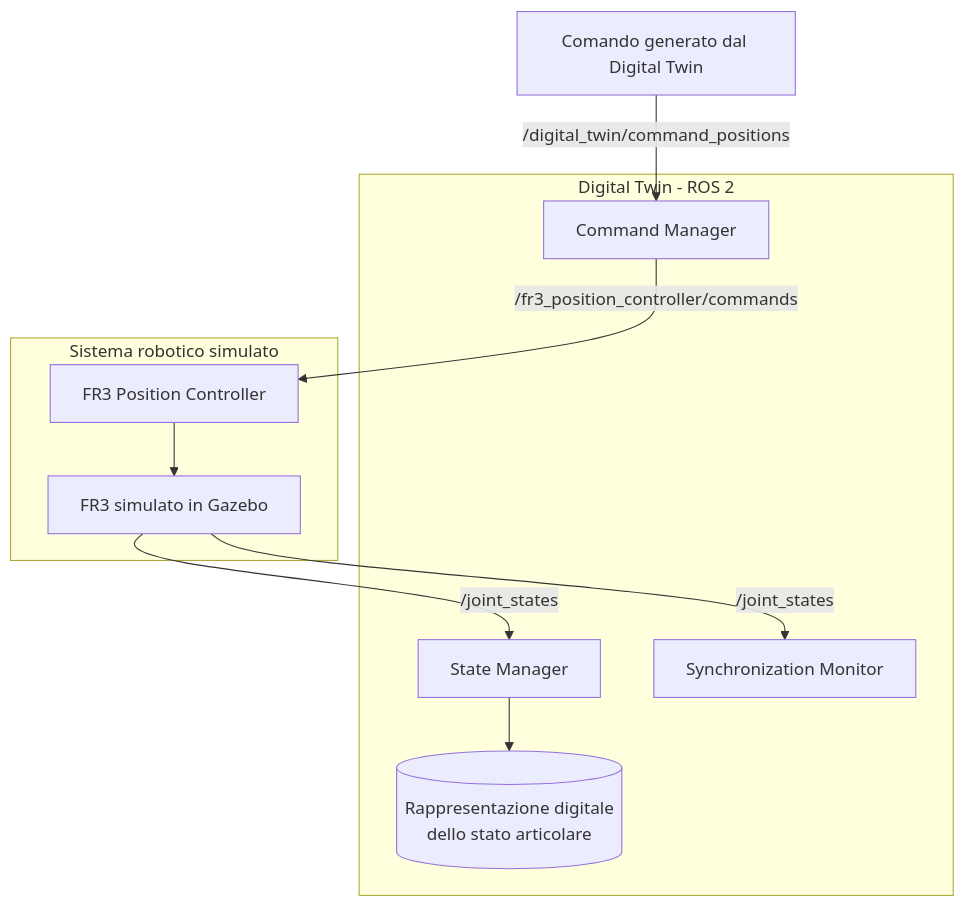
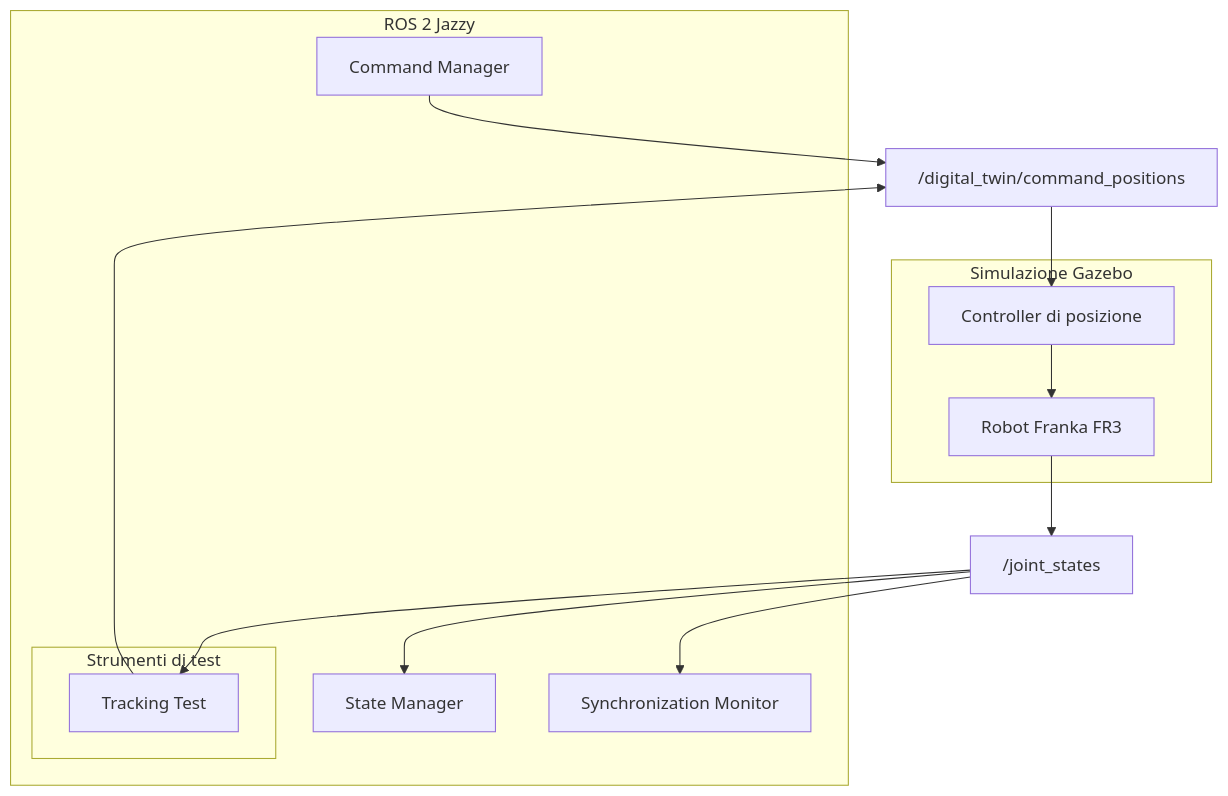
One commit to chiarabrignani/franka_digital_twin changed the diagram in docs/architecture.md. Above: the diagram before and after it, drawn with Mermaid. The commit also changed other lines of this file and 4 other files, not shown here.

Commit message:
Add tracking test and update project documentation

````diff
--- a/docs/architecture.md
+++ b/docs/architecture.md
@@ -20,26 +37,31 @@
 ```mermaid
-flowchart TB
-
-    subgraph DT["Digital Twin - ROS 2"]
+flowchart TD
+    subgraph ROS2["ROS 2 Jazzy"]
         CM["Command Manager"]
         SM["State Manager"]
-        SY["Synchronization Monitor"]
-        DS[("Rappresentazione digitale<br/>dello stato articolare")]
+        SYNC["Synchronization Monitor"]
+
+        subgraph TESTS["Strumenti di test"]
+            TT["Tracking Test"]
+        end
     end
 
-    subgraph SIM["Sistema robotico simulato"]
-        CTRL["FR3 Position Controller"]
-        GZ["FR3 simulato in Gazebo"]
+    CMD["/digital_twin/command_positions"]
+    JS["/joint_states"]
+
+    subgraph SIM["Simulazione Gazebo"]
+        CTRL["Controller di posizione"]
+        FR3["Robot Franka FR3"]
     end
 
-    CMD["Comando generato dal Digital Twin"]
+    CM --> CMD
+    CMD --> CTRL
+    CTRL --> FR3
+    FR3 --> JS
 
-    CMD -->|"/digital_twin/command_positions"| CM
-    CM -->|"/fr3_position_controller/commands"| CTRL
-    CTRL --> GZ
+    JS --> SM
+    JS --> SYNC
 
-    GZ -->|"/joint_states"| SM
-    GZ -->|"/joint_states"| SY
-
-    SM --> DS
+    TT --> CMD
+    JS --> TT
 ```
````
